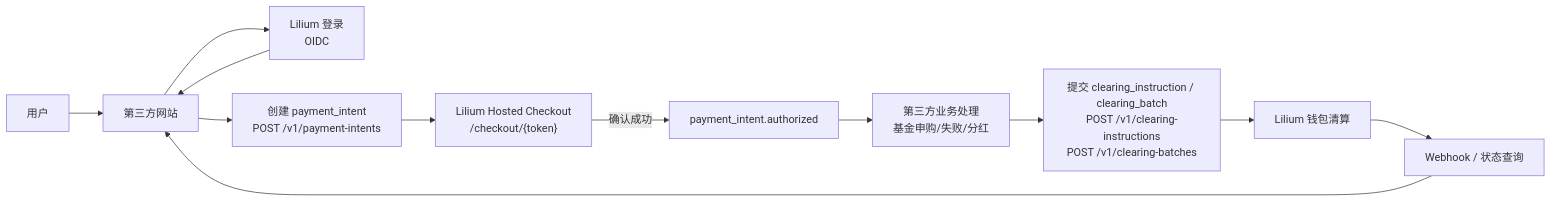
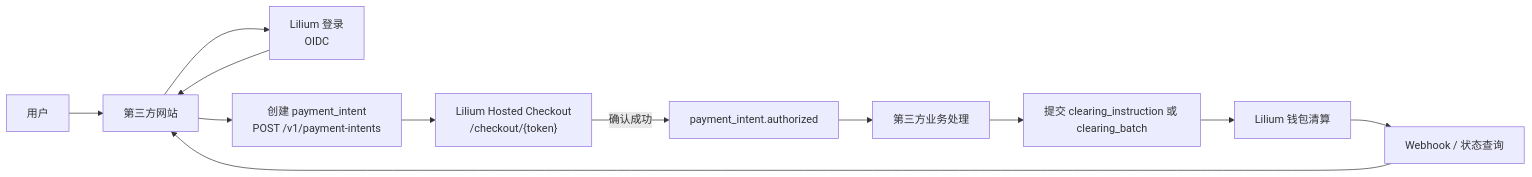
One commit to kuma-dzmm/lilium-openapi changed the first of 5 diagrams in docs/2026-04-09-lilium-open-clearing-api-design.md. Above: the diagram before and after it, drawn with Mermaid. The commit also changed other lines of this file, not shown here.

First line of the commit message:
docs: refine public clearing spec semantics

````diff
--- a/docs/2026-04-09-lilium-open-clearing-api-design.md
+++ b/docs/2026-04-09-lilium-open-clearing-api-design.md
@@ -132,14 +632,14 @@
 ```mermaid
 flowchart LR
     U["用户"] --> P["第三方网站"]
     P --> O["Lilium 登录<br/>OIDC"]
     O --> P
     P --> PI["创建 payment_intent<br/>POST /v1/payment-intents"]
     PI --> C["Lilium Hosted Checkout<br/>/checkout/{token}"]
     C -->|确认成功| A["payment_intent.authorized"]
-    A --> B["第三方业务处理<br/>基金申购/失败/分红"]
-    B --> CI["提交 clearing_instruction / clearing_batch<br/>POST /v1/clearing-instructions<br/>POST /v1/clearing-batches"]
+    A --> B["第三方业务处理"]
+    B --> CI["提交 clearing_instruction 或 clearing_batch"]
     CI --> W["Lilium 钱包清算"]
     W --> N["Webhook / 状态查询"]
     N --> P
 ```
````
